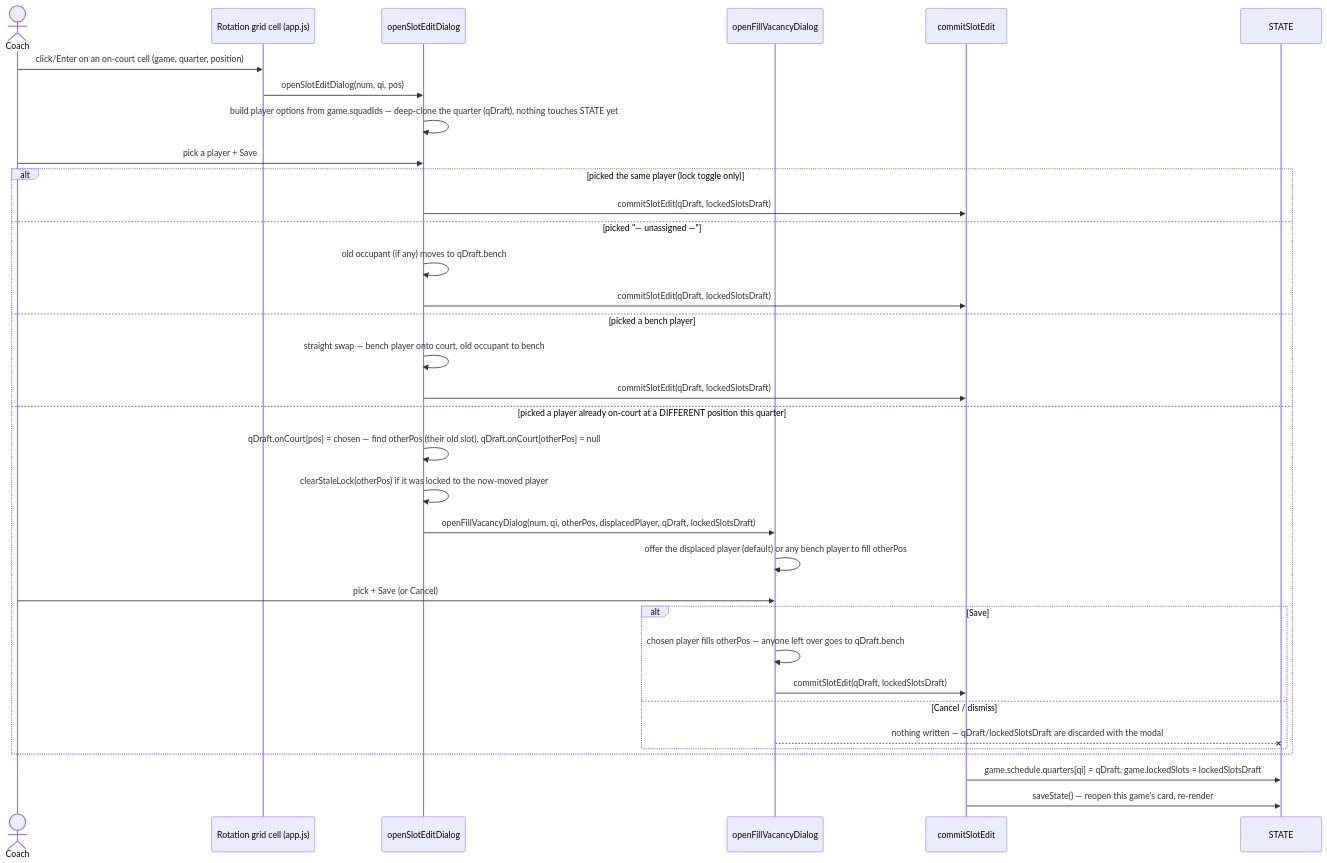
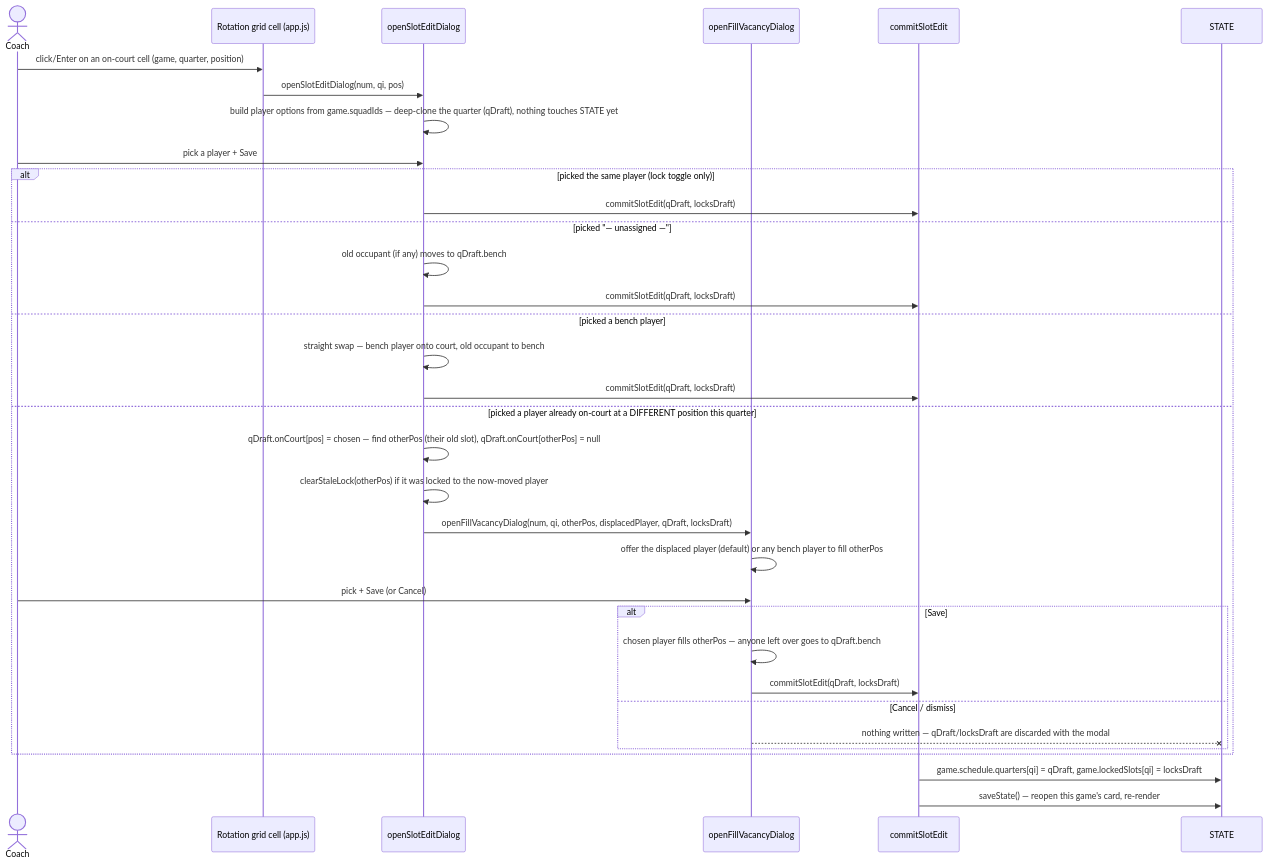
Before and after one commit to dj8/nb-roster-mgr: the second of 4 diagrams in docs/flows.md, drawn with Mermaid. The commit also changed other lines of this file and 9 other files, not shown here.

First line of the commit message:
Store slot locks per quarter: game.lockedSlots is [{pos:id}×4]

````diff
--- a/docs/flows.md
+++ b/docs/flows.md
@@ -95,39 +95,39 @@
 ```mermaid
 sequenceDiagram
     actor Coach
     participant Grid as Rotation grid cell (app.js)
     participant Edit as openSlotEditDialog
     participant Vacancy as openFillVacancyDialog
     participant Commit as commitSlotEdit
     participant State as STATE
 
     Coach->>Grid: click/Enter on an on-court cell (game, quarter, position)
     Grid->>Edit: openSlotEditDialog(num, qi, pos)
     Edit->>Edit: build player options from game.squadIds — deep-clone the quarter (qDraft), nothing touches STATE yet
     Coach->>Edit: pick a player + Save
 
     alt picked the same player (lock toggle only)
-        Edit->>Commit: commitSlotEdit(qDraft, lockedSlotsDraft)
+        Edit->>Commit: commitSlotEdit(qDraft, locksDraft)
     else picked "— unassigned —"
         Edit->>Edit: old occupant (if any) moves to qDraft.bench
-        Edit->>Commit: commitSlotEdit(qDraft, lockedSlotsDraft)
+        Edit->>Commit: commitSlotEdit(qDraft, locksDraft)
     else picked a bench player
         Edit->>Edit: straight swap — bench player onto court, old occupant to bench
-        Edit->>Commit: commitSlotEdit(qDraft, lockedSlotsDraft)
+        Edit->>Commit: commitSlotEdit(qDraft, locksDraft)
     else picked a player already on-court at a DIFFERENT position this quarter
         Edit->>Edit: qDraft.onCourt[pos] = chosen — find otherPos (their old slot), qDraft.onCourt[otherPos] = null
         Edit->>Edit: clearStaleLock(otherPos) if it was locked to the now-moved player
-        Edit->>Vacancy: openFillVacancyDialog(num, qi, otherPos, displacedPlayer, qDraft, lockedSlotsDraft)
+        Edit->>Vacancy: openFillVacancyDialog(num, qi, otherPos, displacedPlayer, qDraft, locksDraft)
         Vacancy->>Vacancy: offer the displaced player (default) or any bench player to fill otherPos
         Coach->>Vacancy: pick + Save (or Cancel)
         alt Save
             Vacancy->>Vacancy: chosen player fills otherPos — anyone left over goes to qDraft.bench
-            Vacancy->>Commit: commitSlotEdit(qDraft, lockedSlotsDraft)
+            Vacancy->>Commit: commitSlotEdit(qDraft, locksDraft)
         else Cancel / dismiss
-            Vacancy--xState: nothing written — qDraft/lockedSlotsDraft are discarded with the modal
+            Vacancy--xState: nothing written — qDraft/locksDraft are discarded with the modal
         end
     end
 
-    Commit->>State: game.schedule.quarters[qi] = qDraft, game.lockedSlots = lockedSlotsDraft
+    Commit->>State: game.schedule.quarters[qi] = qDraft, game.lockedSlots[qi] = locksDraft
     Commit->>State: saveState() — reopen this game's card, re-render
 ```
````
